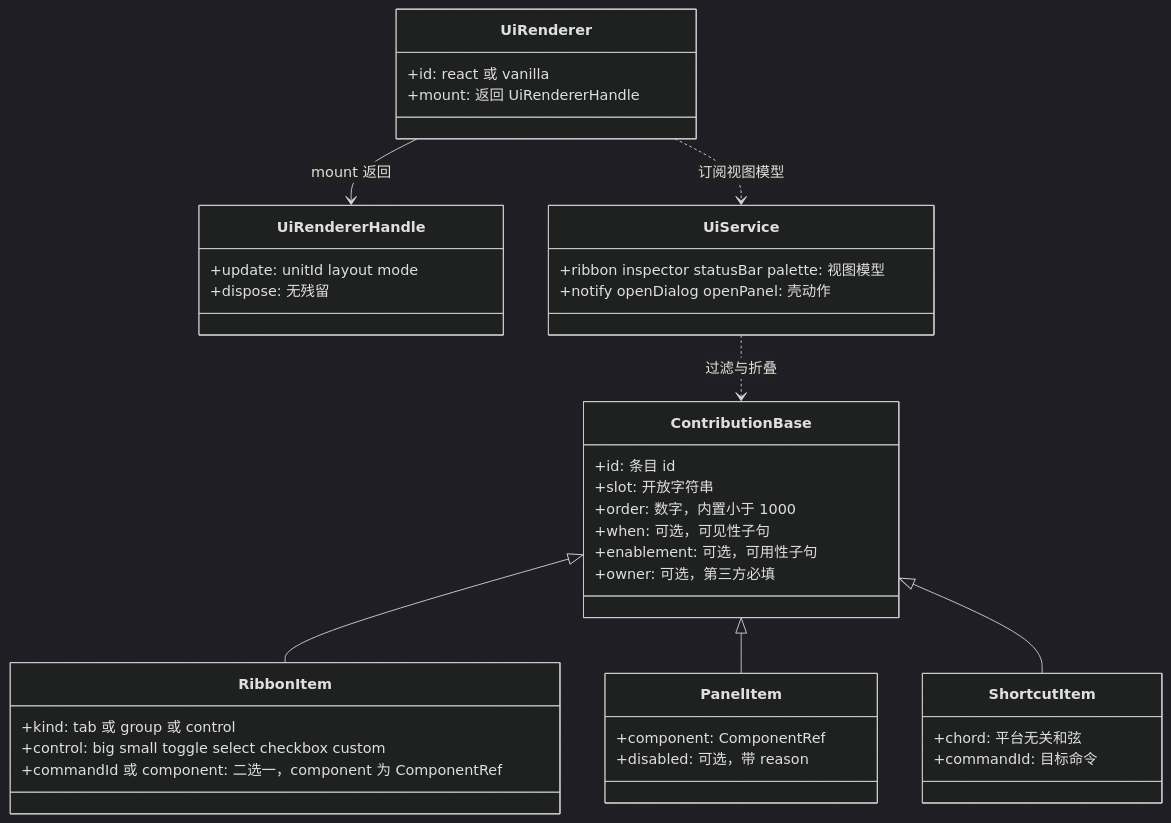
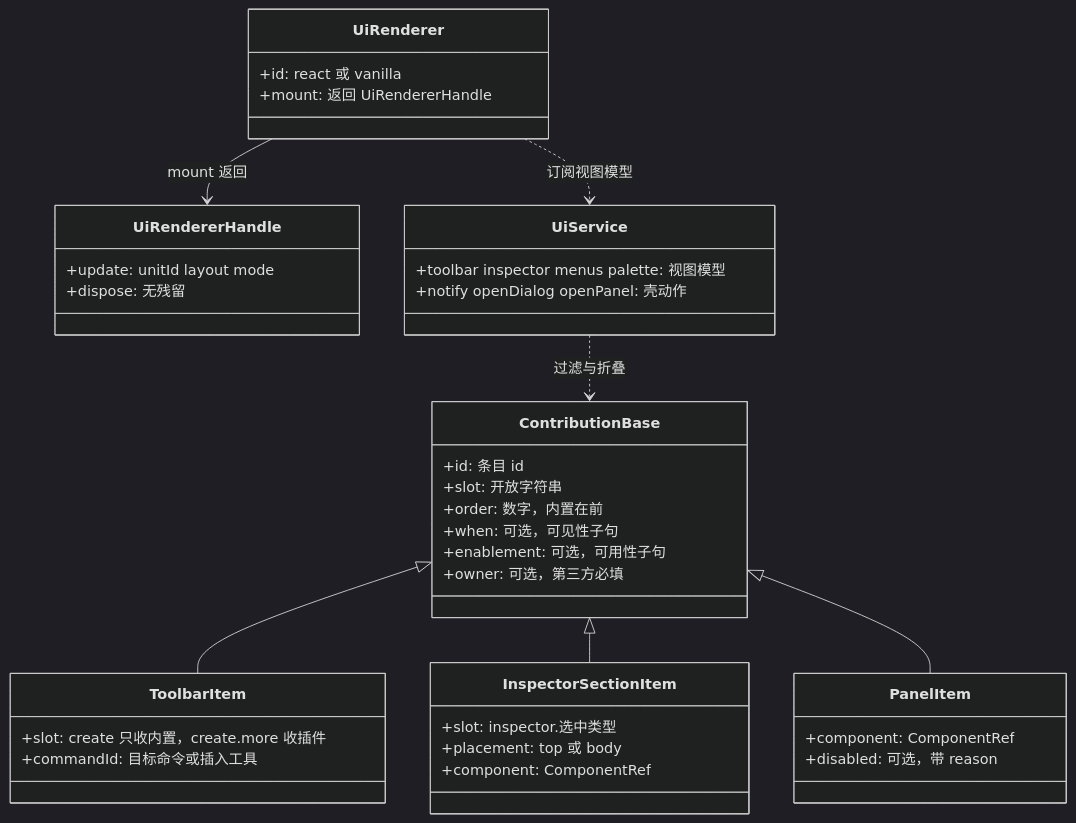
One commit to Xeonice/cordis-ppt-editor changed the eighth of 8 diagrams in docs/50-frontend/09-ui-system-and-theming.md. Above: the diagram before and after it, drawn with Mermaid (dark theme). The commit also changed other lines of this file and 25 other files, not shown here.

````diff
--- a/docs/50-frontend/09-ui-system-and-theming.md
+++ b/docs/50-frontend/09-ui-system-and-theming.md
@@ -547,42 +631,42 @@
 ```mermaid
 classDiagram
   class ContributionBase {
     +id: 条目 id
     +slot: 开放字符串
-    +order: 数字，内置小于 1000
+    +order: 数字，内置在前
     +when: 可选，可见性子句
     +enablement: 可选，可用性子句
     +owner: 可选，第三方必填
   }
-  class RibbonItem {
-    +kind: tab 或 group 或 control
-    +control: big small toggle select checkbox custom
-    +commandId 或 component: 二选一，component 为 ComponentRef
+  class ToolbarItem {
+    +slot: create 只收内置，create.more 收插件
+    +commandId: 目标命令或插入工具
+  }
+  class InspectorSectionItem {
+    +slot: inspector.选中类型
+    +placement: top 或 body
+    +component: ComponentRef
   }
   class PanelItem {
     +component: ComponentRef
     +disabled: 可选，带 reason
-  }
-  class ShortcutItem {
-    +chord: 平台无关和弦
-    +commandId: 目标命令
   }
   class UiRenderer {
     +id: react 或 vanilla
     +mount: 返回 UiRendererHandle
   }
   class UiRendererHandle {
     +update: unitId layout mode
     +dispose: 无残留
   }
   class UiService {
-    +ribbon inspector statusBar palette: 视图模型
+    +toolbar inspector menus palette: 视图模型
     +notify openDialog openPanel: 壳动作
   }
-  ContributionBase <|-- RibbonItem
+  ContributionBase <|-- ToolbarItem
+  ContributionBase <|-- InspectorSectionItem
   ContributionBase <|-- PanelItem
-  ContributionBase <|-- ShortcutItem
   UiService ..> ContributionBase : 过滤与折叠
   UiRenderer ..> UiService : 订阅视图模型
   UiRenderer --> UiRendererHandle : mount 返回
 ```
````
